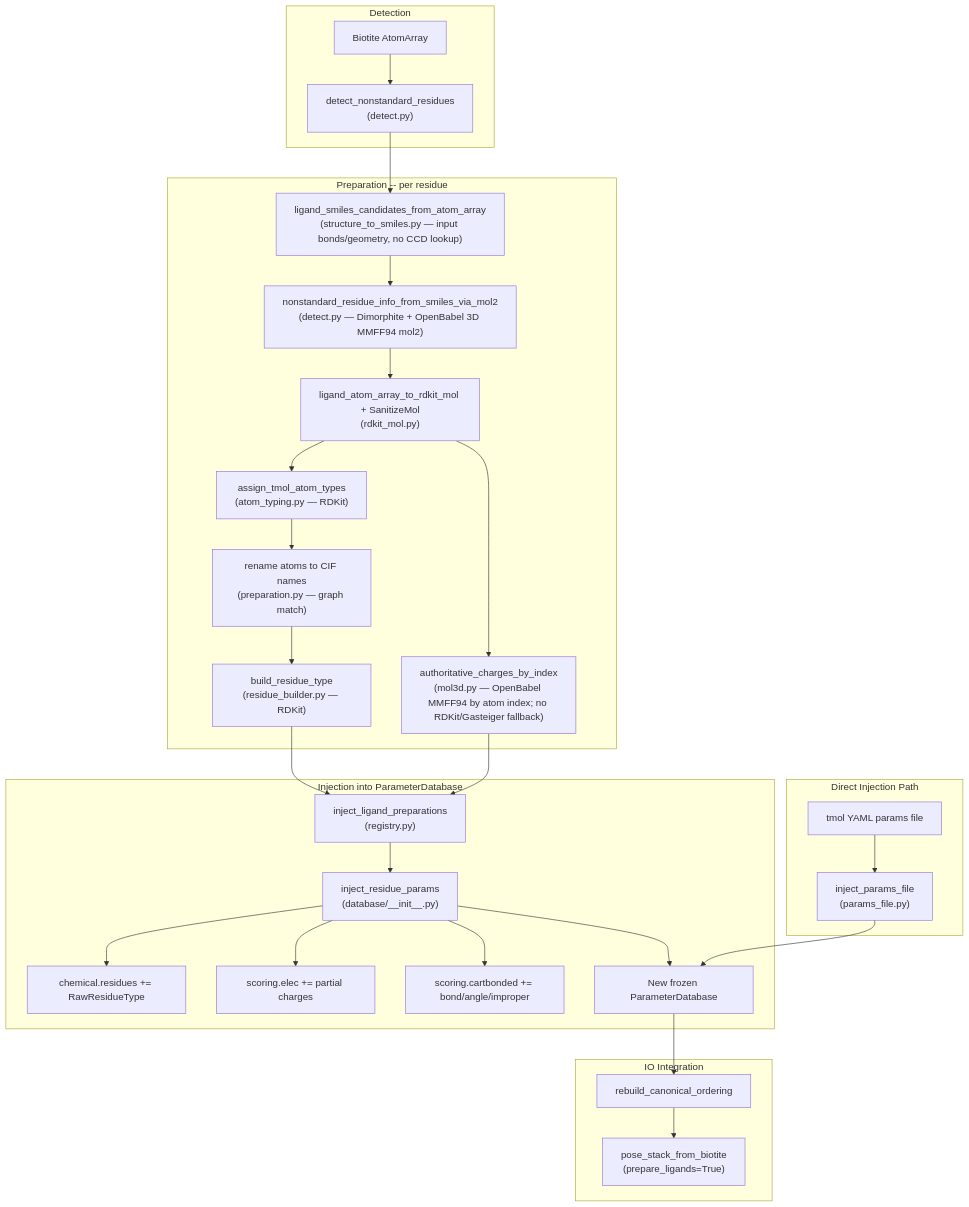
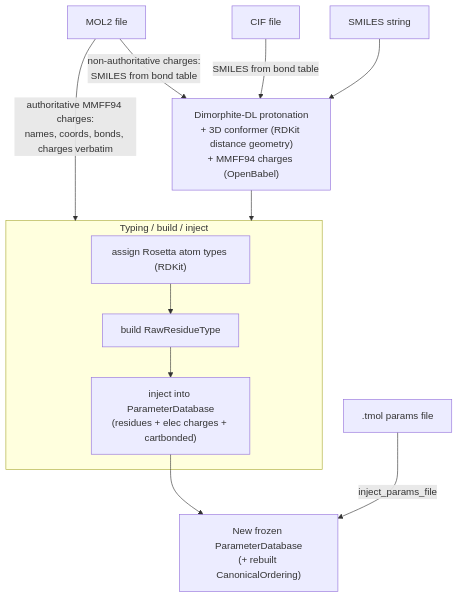
The diagram in tmol/ligand/README.md (uw-ipd/tmol), drawn with Mermaid before and after one commit. The commit also changed other lines of this file and 55 other files, not shown here.

First line of the commit message:
Refactor ligand conformer generation code. (#401)

````diff
--- a/tmol/ligand/README.md
+++ b/tmol/ligand/README.md
@@ -22,38 +113,18 @@
 ```mermaid
 flowchart TD
-    subgraph detection [Detection]
-        A["Biotite AtomArray"] --> B["detect_nonstandard_residues\n(detect.py)"]
+    M2["MOL2 file"] -->|authoritative MMFF94 charges:\nnames, coords, bonds, charges verbatim| CORE
+    M2 -->|non-authoritative charges:\nSMILES from bond table| SM
+    CIF["CIF file"] -->|SMILES from bond table| SM
+    SMI["SMILES string"] --> SM
+
+    SM["Dimorphite-DL protonation\n+ 3D conformer (RDKit distance geometry)\n+ MMFF94 charges (OpenBabel)"] --> CORE
+
+    subgraph CORE [Typing / build / inject]
+        T["assign Rosetta atom types (RDKit)"] --> B["build RawResidueType"]
+        B --> INJ["inject into ParameterDatabase\n(residues + elec charges + cartbonded)"]
     end
 
-    subgraph preparation [Preparation -- per residue]
-        B --> S["ligand_smiles_candidates_from_atom_array\n(structure_to_smiles.py — input bonds/geometry, no CCD lookup)"]
-        S --> D["nonstandard_residue_info_from_smiles_via_mol2\n(detect.py — Dimorphite + OpenBabel 3D MMFF94 mol2)"]
-        D --> E["ligand_atom_array_to_rdkit_mol + SanitizeMol\n(rdkit_mol.py)"]
+    INJ --> DB["New frozen ParameterDatabase\n(+ rebuilt CanonicalOrdering)"]
 
-        E --> F["authoritative_charges_by_index\n(mol3d.py — OpenBabel MMFF94 by atom index; no RDKit/Gasteiger fallback)"]
-        E --> H["assign_tmol_atom_types\n(atom_typing.py — RDKit)"]
-        H --> I["rename atoms to CIF names\n(preparation.py — graph match)"]
-        I --> J["build_residue_type\n(residue_builder.py — RDKit)"]
-    end
-
-    subgraph injection [Injection into ParameterDatabase]
-        J --> K["inject_ligand_preparations\n(registry.py)"]
-        F --> K
-
-        K --> L["inject_residue_params\n(database/__init__.py)"]
-        L --> L1["chemical.residues += RawResidueType"]
-        L --> L2["scoring.elec += partial charges"]
-        L --> L3["scoring.cartbonded += bond/angle/improper"]
-        L --> M["New frozen ParameterDatabase"]
-    end
-
-    subgraph io [IO Integration]
-        M --> N["rebuild_canonical_ordering"]
-        N --> O["pose_stack_from_biotite\n(prepare_ligands=True)"]
-    end
-
-    subgraph direct [Direct Injection Path]
-        P["tmol YAML params file"] --> Q["inject_params_file\n(params_file.py)"]
-        Q --> M
-    end
+    TMOL[".tmol params file"] -->|inject_params_file| DB
 ```
````
